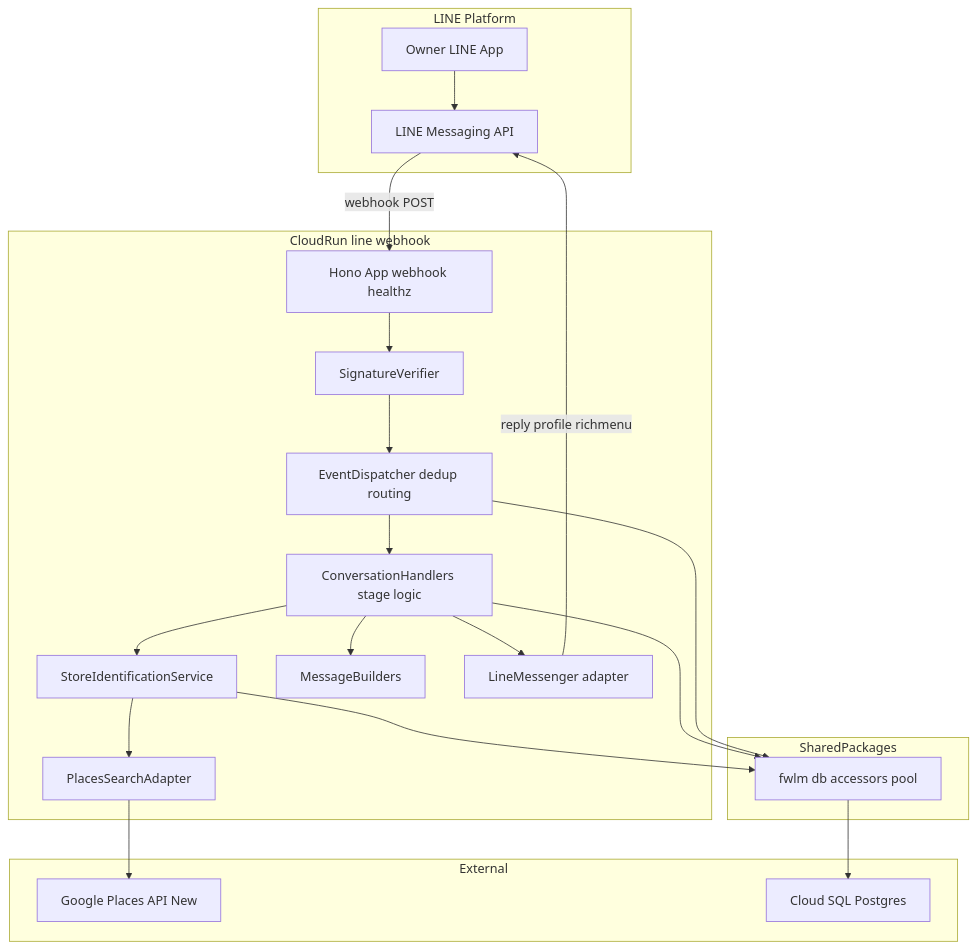
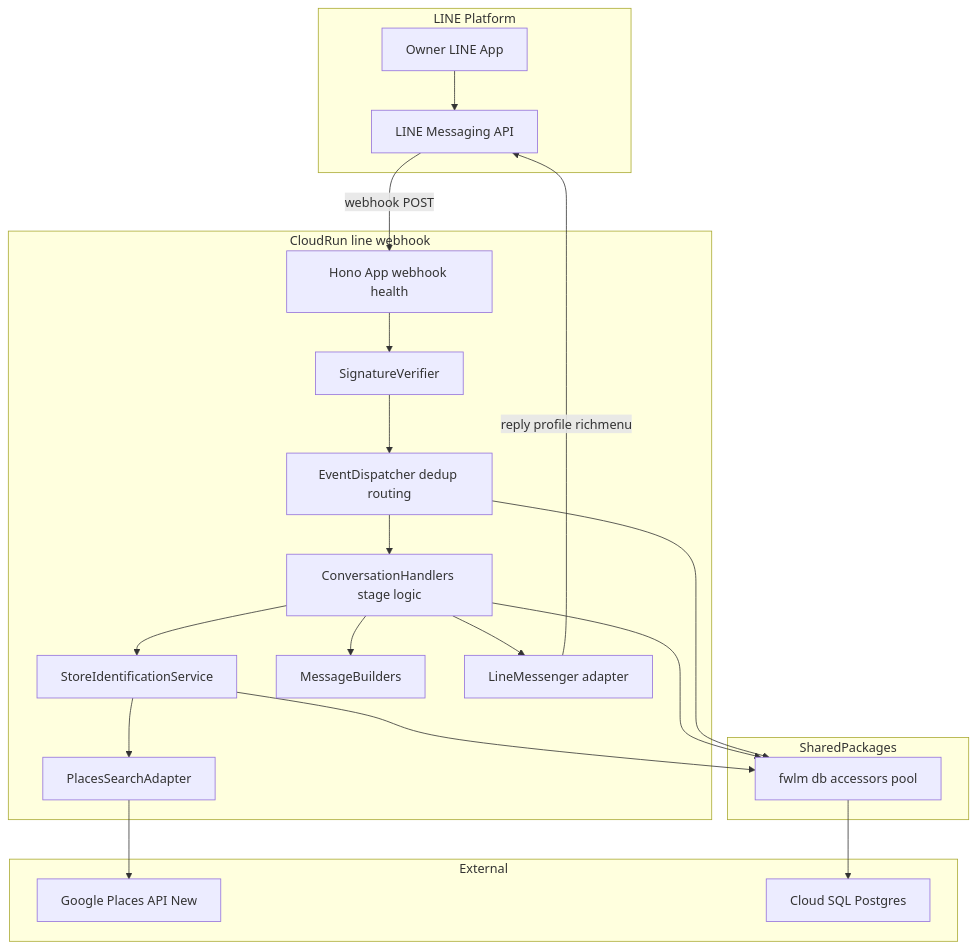
Before and after one commit to ManatoYamashita/fw-line-meo: the first of 3 diagrams in .kiro/specs/line-onboarding/design.md, drawn with Mermaid. The commit also changed other lines of this file and 5 other files, not shown here.

````diff
--- a/.kiro/specs/line-onboarding/design.md
+++ b/.kiro/specs/line-onboarding/design.md
@@ -63,39 +63,39 @@
 ```mermaid
 graph TB
     subgraph LINE Platform
         OwnerLine[Owner LINE App]
         LinePf[LINE Messaging API]
     end
     subgraph CloudRun line webhook
-        App[Hono App webhook healthz]
+        App[Hono App webhook health]
         Sig[SignatureVerifier]
         Disp[EventDispatcher dedup routing]
         Conv[ConversationHandlers stage logic]
         Ident[StoreIdentificationService]
         Msg[MessageBuilders]
         LineCl[LineMessenger adapter]
         Places[PlacesSearchAdapter]
     end
     subgraph SharedPackages
         Db[fwlm db accessors pool]
     end
     subgraph External
         PlacesApi[Google Places API New]
         Sql[Cloud SQL Postgres]
     end
     OwnerLine --> LinePf
     LinePf -->|webhook POST| App
     App --> Sig
     Sig --> Disp
     Disp --> Conv
     Conv --> Ident
     Conv --> Msg
     Conv --> LineCl
     Ident --> Places
     Ident --> Db
     Conv --> Db
     Disp --> Db
     LineCl -->|reply profile richmenu| LinePf
     Places --> PlacesApi
     Db --> Sql
 ```
````
